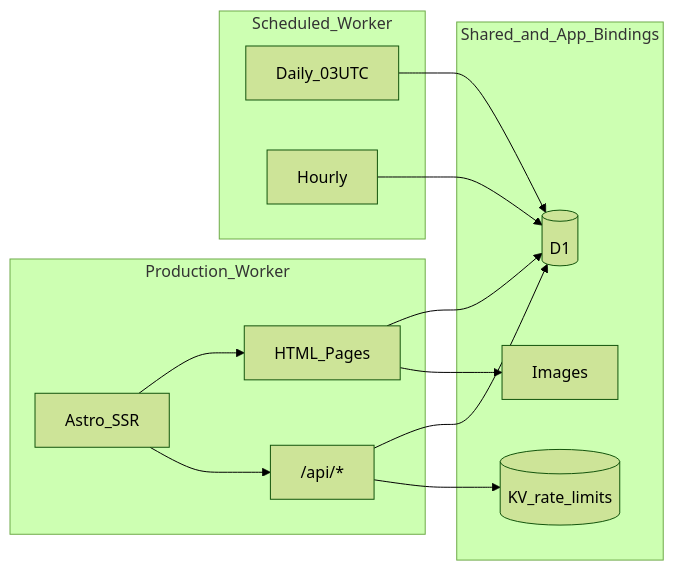
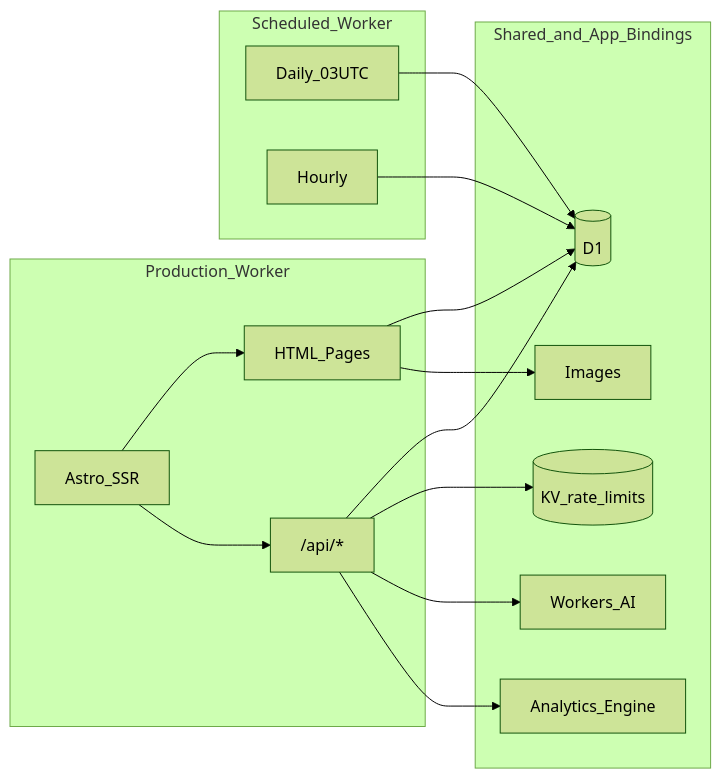
The first of 5 diagrams in docs/architecture.md (lucas-winter-berlin/OpenPractice-Showcase), drawn with Mermaid (forest theme) before and after one commit. The commit also changed other lines of this file and 6 other files, not shown here.

````diff
--- a/docs/architecture.md
+++ b/docs/architecture.md
@@ -9,28 +9,32 @@
 ```mermaid
 flowchart LR
   subgraph prod [Production_Worker]
     SSR[Astro_SSR]
     API["/api/*"]
     HTML[HTML_Pages]
   end
 
   subgraph cron [Scheduled_Worker]
     Daily[Daily_03UTC]
     Hourly[Hourly]
   end
 
   subgraph bindings [Shared_and_App_Bindings]
     D1[(D1)]
     KV[(KV_rate_limits)]
     Img[Images]
+    AI[Workers_AI]
+    AE[Analytics_Engine]
   end
 
   SSR --> HTML
   SSR --> API
   API --> D1
   API --> KV
+  API --> AI
+  API --> AE
   HTML --> D1
   HTML --> Img
   Daily --> D1
   Hourly --> D1
 ```
````
